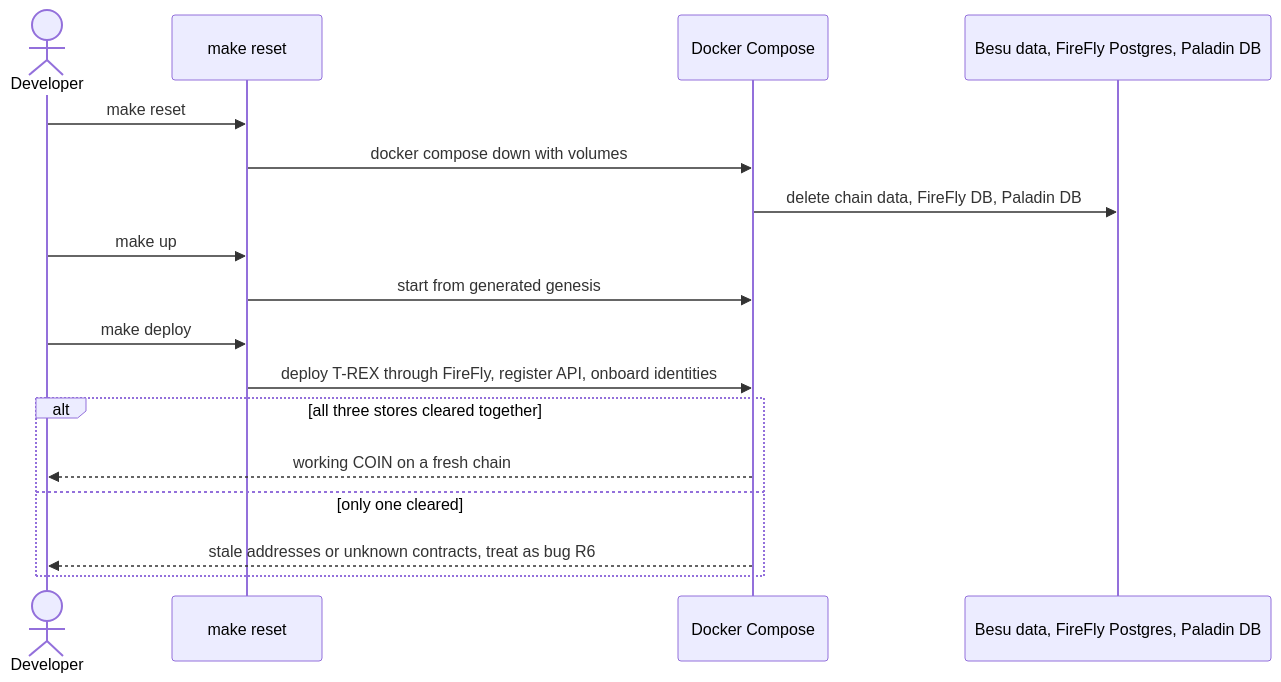
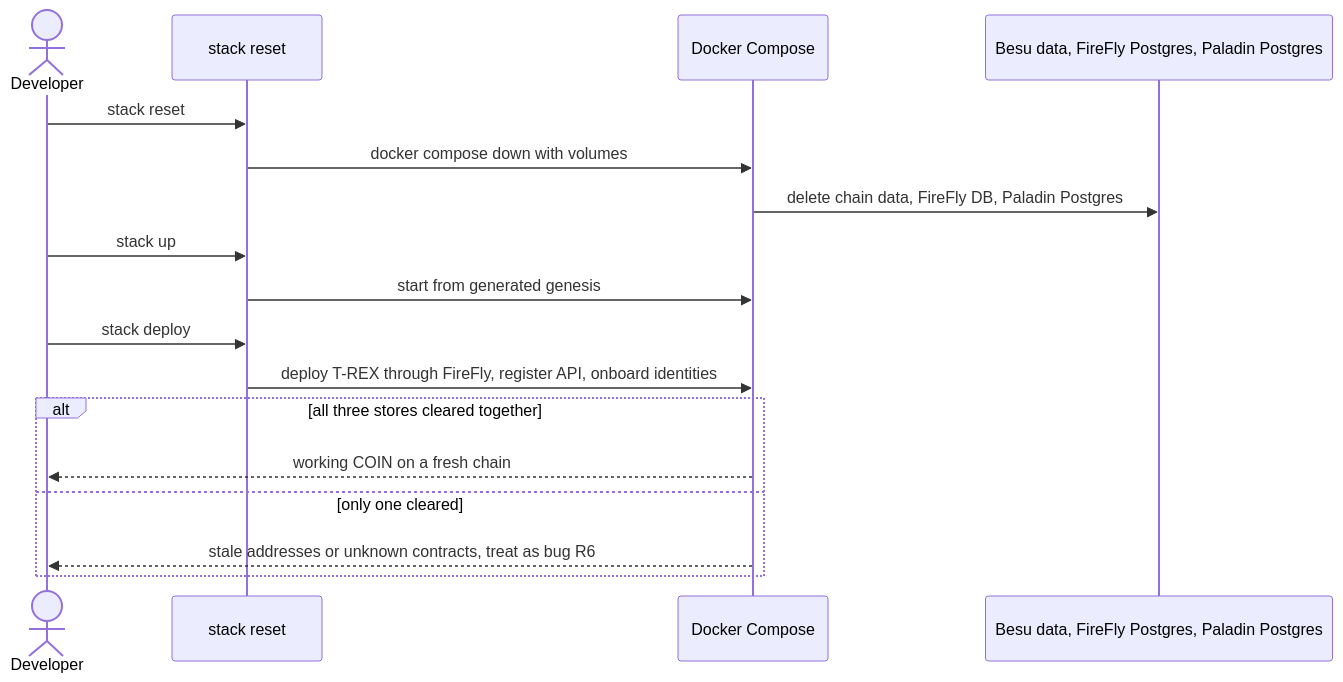
The ninth of 11 diagrams in docs/use-cases.md (hohowin/besu-with-firefly), drawn with Mermaid before and after one commit. The commit also changed other lines of this file and 5 other files, not shown here.

````diff
--- a/docs/use-cases.md
+++ b/docs/use-cases.md
@@ -414,20 +426,20 @@
 ```mermaid
 sequenceDiagram
     actor Dev as Developer
-    participant MK as make reset
+    participant MK as stack reset
     participant DC as Docker Compose
-    participant ST as Besu data, FireFly Postgres, Paladin DB
+    participant ST as Besu data, FireFly Postgres, Paladin Postgres
 
-    Dev->>MK: make reset
+    Dev->>MK: stack reset
     MK->>DC: docker compose down with volumes
-    DC->>ST: delete chain data, FireFly DB, Paladin DB
-    Dev->>MK: make up
+    DC->>ST: delete chain data, FireFly DB, Paladin Postgres
+    Dev->>MK: stack up
     MK->>DC: start from generated genesis
-    Dev->>MK: make deploy
+    Dev->>MK: stack deploy
     MK->>DC: deploy T-REX through FireFly, register API, onboard identities
     alt all three stores cleared together
         DC-->>Dev: working COIN on a fresh chain
     else only one cleared
         DC-->>Dev: stale addresses or unknown contracts, treat as bug R6
     end
 ```
````
